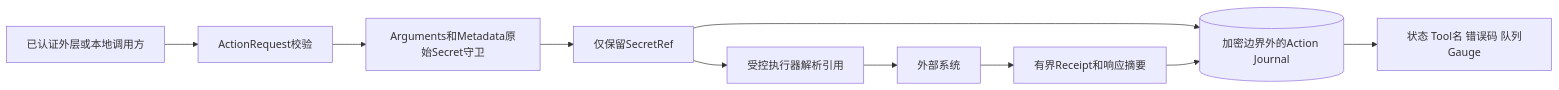
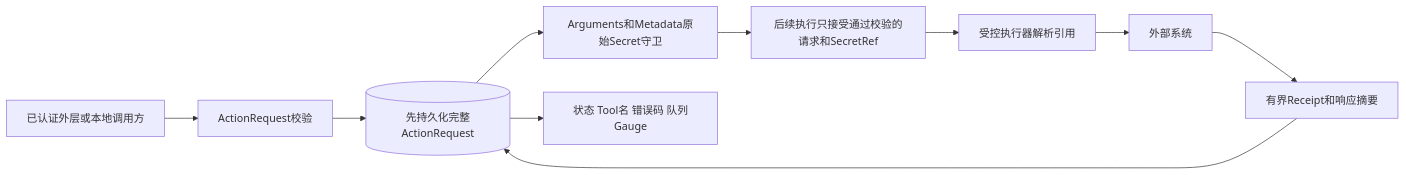
Before and after one commit to carrie1988/Harnessix: the tenth of 10 diagrams in docs/subsystems/action-plane.md, drawn with Mermaid. The commit also changed other lines of this file and 11 other files, not shown here.

````diff
--- a/docs/subsystems/action-plane.md
+++ b/docs/subsystems/action-plane.md
@@ -505,12 +507,12 @@
 ```mermaid
 flowchart LR
     Caller[已认证外层或本地调用方] --> Contract[ActionRequest校验]
-    Contract --> RawGuard[Arguments和Metadata原始Secret守卫]
-    RawGuard --> Ref[仅保留SecretRef]
-    Ref --> Journal[(加密边界外的Action Journal)]
+    Contract --> Journal[(先持久化完整ActionRequest)]
+    Journal --> RawGuard[Arguments和Metadata原始Secret守卫]
+    RawGuard --> Ref[后续执行只接受通过校验的请求和SecretRef]
     Ref --> Executor[受控执行器解析引用]
     Executor --> External[外部系统]
     External --> Receipt[有界Receipt和响应摘要]
     Receipt --> Journal
     Journal --> Telemetry[状态 Tool名 错误码 队列Gauge]
 ```
````
